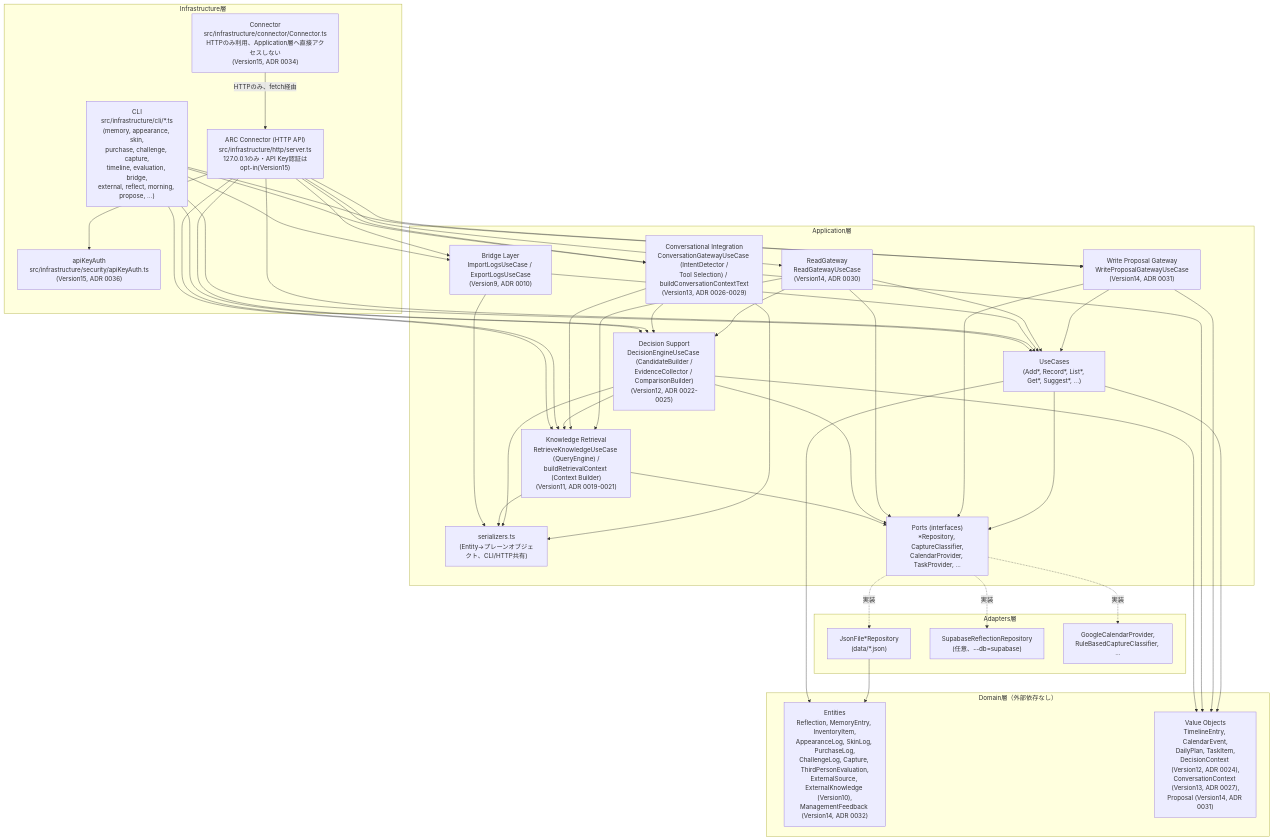
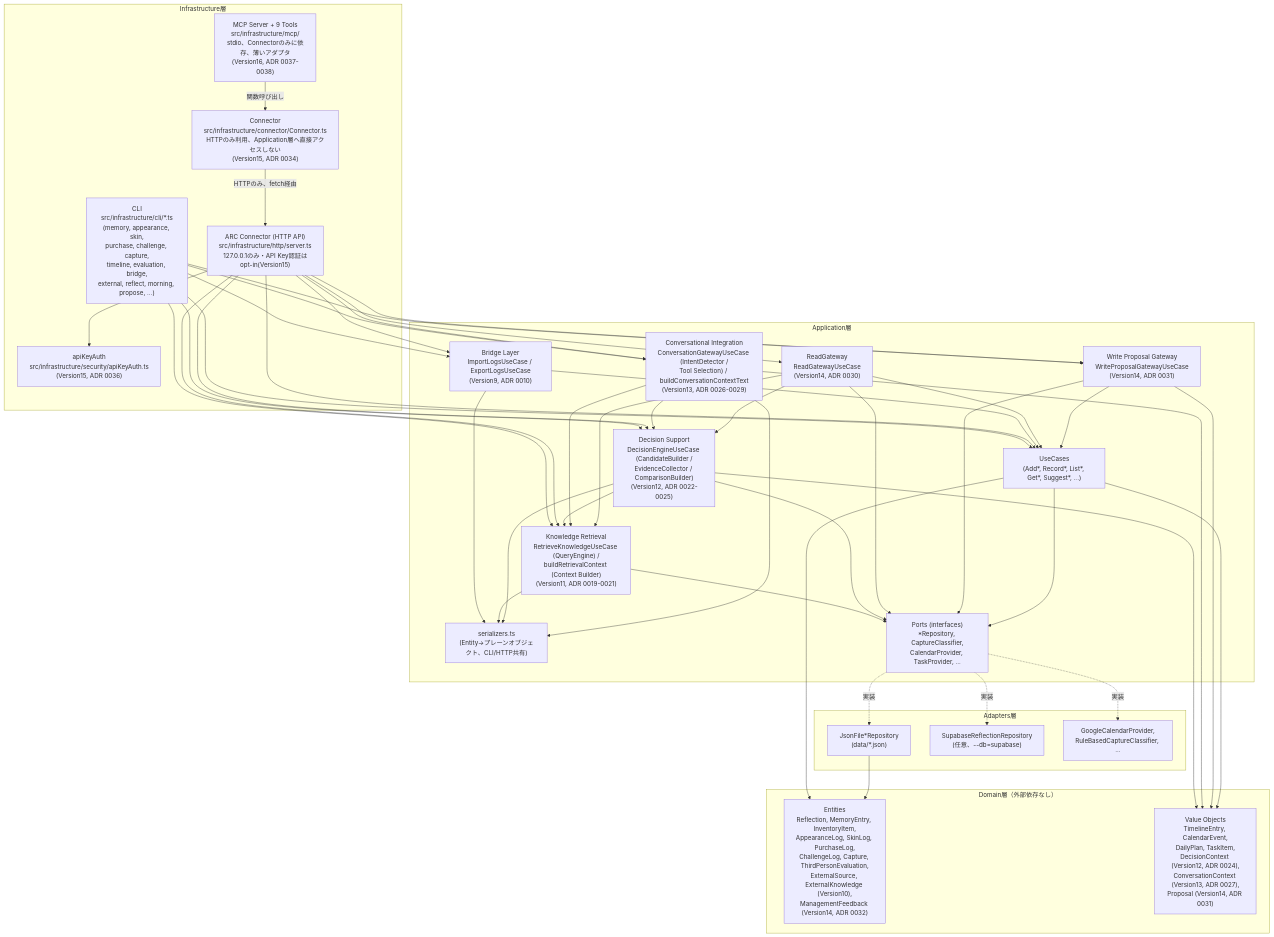
Before and after one commit to okano171013-ai/project-arc: the first of 3 diagrams in docs/architecture-diagram.md, drawn with Mermaid. The commit also changed other lines of this file and 26 other files, not shown here.

First line of the commit message:
Version16: MCP Integration

````diff
--- a/docs/architecture-diagram.md
+++ b/docs/architecture-diagram.md
@@ -20,74 +21,76 @@
 ```mermaid
 graph TB
     subgraph Infrastructure["Infrastructure層"]
         CLI["CLI\nsrc/infrastructure/cli/*.ts\n(memory, appearance, skin,\npurchase, challenge, capture,\ntimeline, evaluation, bridge,\nexternal, reflect, morning, propose, ...)"]
         HTTP["ARC Connector (HTTP API)\nsrc/infrastructure/http/server.ts\n127.0.0.1のみ・API Key認証はopt-in(Version15)"]
         Connector["Connector\nsrc/infrastructure/connector/Connector.ts\nHTTPのみ利用、Application層へ直接アクセスしない\n(Version15, ADR 0034)"]
         Auth["apiKeyAuth\nsrc/infrastructure/security/apiKeyAuth.ts\n(Version15, ADR 0036)"]
+        MCP["MCP Server + 9 Tools\nsrc/infrastructure/mcp/\nstdio、Connectorのみに依存、薄いアダプタ\n(Version16, ADR 0037-0038)"]
     end
 
     subgraph Application["Application層"]
         UC["UseCases\n(Add*, Record*, List*, Get*, Suggest*, ...)"]
         Bridge["Bridge Layer\nImportLogsUseCase / ExportLogsUseCase\n(Version9, ADR 0010)"]
         Retrieval["Knowledge Retrieval\nRetrieveKnowledgeUseCase (QueryEngine) /\nbuildRetrievalContext (Context Builder)\n(Version11, ADR 0019-0021)"]
         Decision["Decision Support\nDecisionEngineUseCase (CandidateBuilder /\nEvidenceCollector / ComparisonBuilder)\n(Version12, ADR 0022-0025)"]
         Conversation["Conversational Integration\nConversationGatewayUseCase (IntentDetector /\nTool Selection) / buildConversationContextText\n(Version13, ADR 0026-0029)"]
         ReadGW["ReadGateway\nReadGatewayUseCase\n(Version14, ADR 0030)"]
         WriteGW["Write Proposal Gateway\nWriteProposalGatewayUseCase\n(Version14, ADR 0031)"]
         Serializers["serializers.ts\n(Entity→プレーンオブジェクト、CLI/HTTP共有)"]
         Ports["Ports (interfaces)\n*Repository, CaptureClassifier,\nCalendarProvider, TaskProvider, ..."]
     end
 
     subgraph Domain["Domain層（外部依存なし）"]
         Entities["Entities\nReflection, MemoryEntry, InventoryItem,\nAppearanceLog, SkinLog, PurchaseLog,\nChallengeLog, Capture, ThirdPersonEvaluation,\nExternalSource, ExternalKnowledge (Version10),\nManagementFeedback (Version14, ADR 0032)"]
         VO["Value Objects\nTimelineEntry, CalendarEvent,\nDailyPlan, TaskItem,\nDecisionContext (Version12, ADR 0024),\nConversationContext (Version13, ADR 0027),\nProposal (Version14, ADR 0031)"]
     end
 
     subgraph Adapters["Adapters層"]
         JsonRepo["JsonFile*Repository\n(data/*.json)"]
         SupaRepo["SupabaseReflectionRepository\n(任意、--db=supabase)"]
         Providers["GoogleCalendarProvider,\nRuleBasedCaptureClassifier, ..."]
     end
 
     CLI --> UC
     CLI --> Bridge
     CLI --> Retrieval
     CLI --> Decision
     CLI --> Conversation
     CLI --> WriteGW
     HTTP --> UC
     HTTP --> Bridge
     HTTP --> Retrieval
     HTTP --> Decision
     HTTP --> Conversation
     HTTP --> ReadGW
     HTTP --> WriteGW
     HTTP --> Auth
     Connector -->|HTTPのみ、fetch経由| HTTP
+    MCP -->|関数呼び出し| Connector
     Bridge --> UC
     Bridge --> Serializers
     Retrieval --> Ports
     Retrieval --> Serializers
     Decision --> Retrieval
     Decision --> Ports
     Decision --> VO
     Decision --> Serializers
     Conversation --> Retrieval
     Conversation --> Decision
     Conversation --> VO
     Conversation --> Serializers
     ReadGW --> UC
     ReadGW --> Retrieval
     ReadGW --> Decision
     ReadGW --> Ports
     WriteGW --> UC
     WriteGW --> VO
     WriteGW --> Ports
     UC --> Ports
     UC --> Entities
     Ports -.実装.-> JsonRepo
     Ports -.実装.-> SupaRepo
     Ports -.実装.-> Providers
     JsonRepo --> Entities
     UC --> VO
 ```
````
